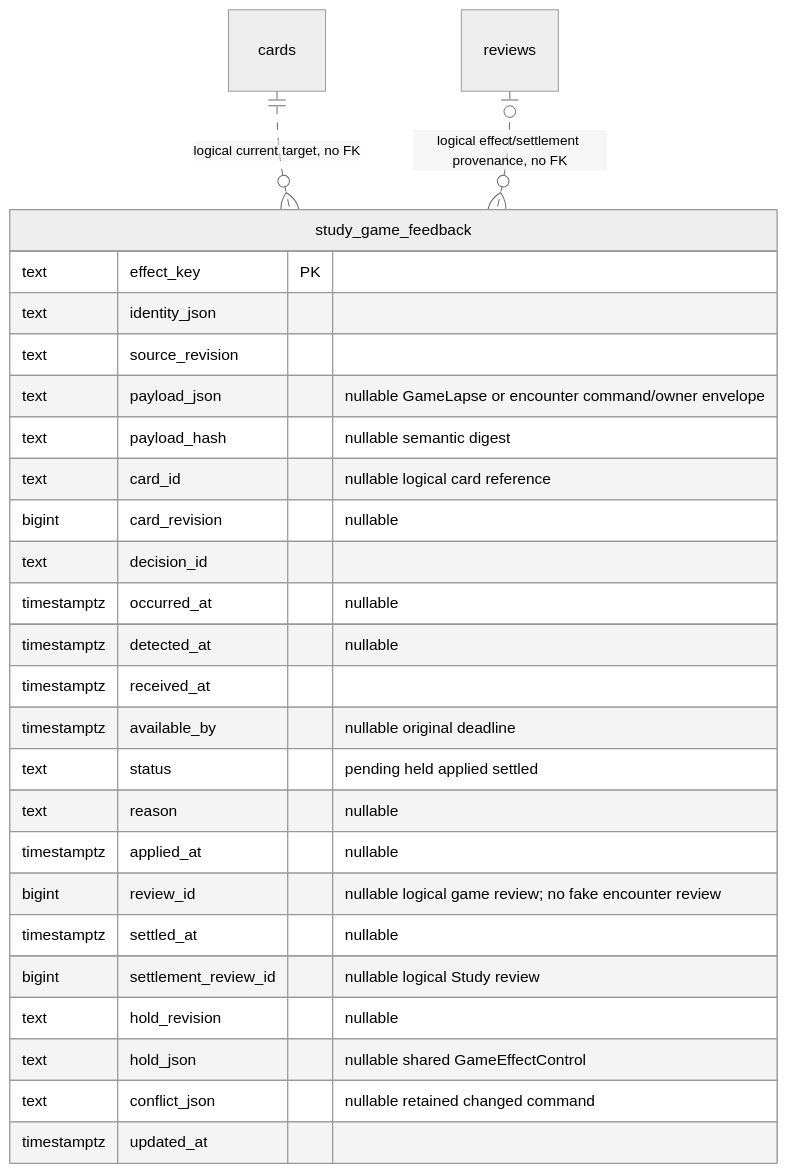
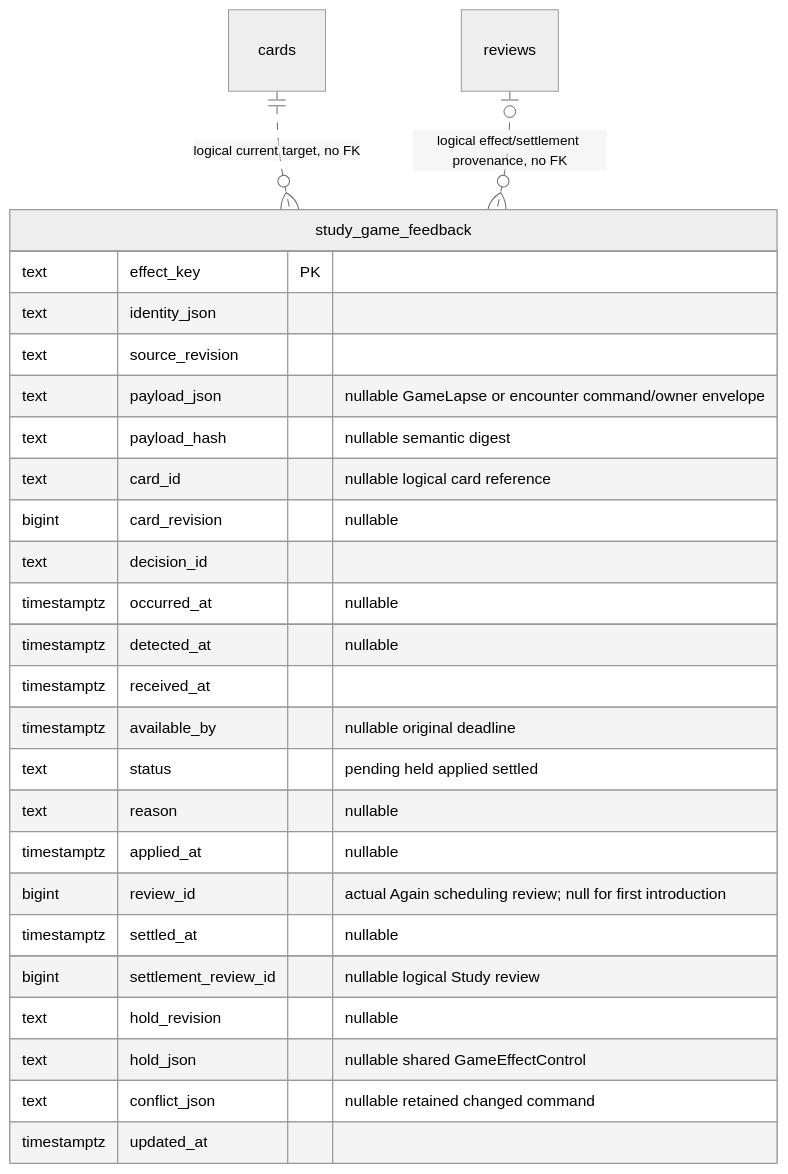
One commit to aaweaver-actuary/tempo changed the diagram in database/tempo_legacy_database/adapters/study/README.md. Above: the diagram before and after it, drawn with Mermaid (neutral theme). The commit also changed other lines of this file and 4 other files, not shown here.

````diff
--- a/database/tempo_legacy_database/adapters/study/README.md
+++ b/database/tempo_legacy_database/adapters/study/README.md
@@ -92,29 +97,29 @@
 ```mermaid
 erDiagram
     study_game_feedback {
         text effect_key PK
         text identity_json
         text source_revision
         text payload_json "nullable GameLapse or encounter command/owner envelope"
         text payload_hash "nullable semantic digest"
         text card_id "nullable logical card reference"
         bigint card_revision "nullable"
         text decision_id
         timestamptz occurred_at "nullable"
         timestamptz detected_at "nullable"
         timestamptz received_at
         timestamptz available_by "nullable original deadline"
         text status "pending held applied settled"
         text reason "nullable"
         timestamptz applied_at "nullable"
-        bigint review_id "nullable logical game review; no fake encounter review"
+        bigint review_id "actual Again scheduling review; null for first introduction"
         timestamptz settled_at "nullable"
         bigint settlement_review_id "nullable logical Study review"
         text hold_revision "nullable"
         text hold_json "nullable shared GameEffectControl"
         text conflict_json "nullable retained changed command"
         timestamptz updated_at
     }
     cards ||..o{ study_game_feedback : "logical current target, no FK"
     reviews o|..o{ study_game_feedback : "logical effect/settlement provenance, no FK"
 ```
````
